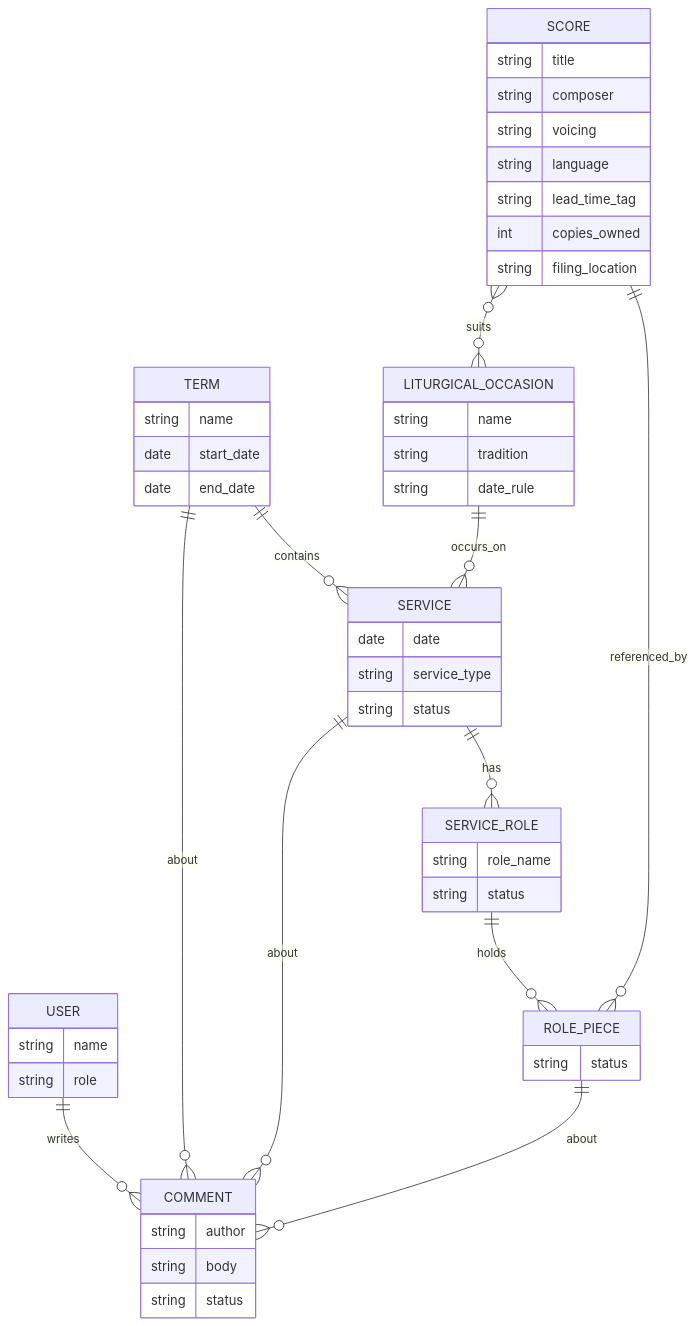
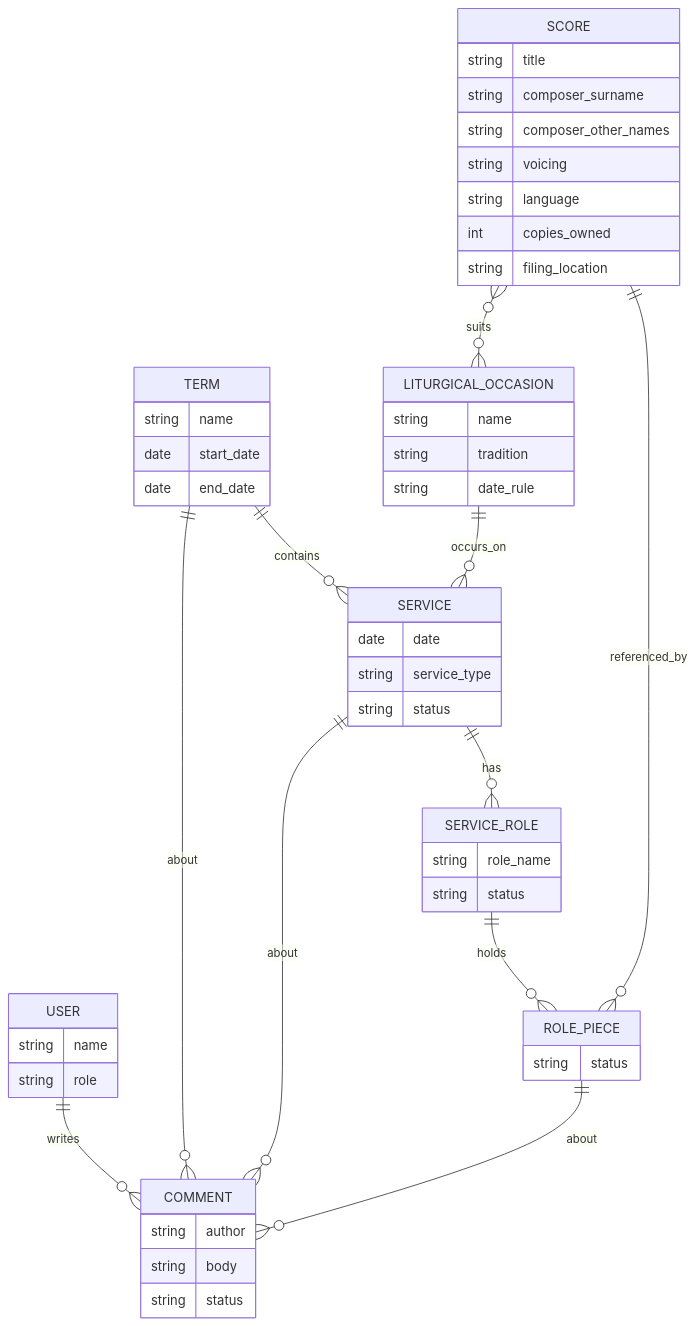
One commit to StockoL/precentor changed the diagram in docs/erd.mmd. Above: the diagram before and after it, drawn with Mermaid. The commit also changed 17 other files, not shown here.

```diff
--- a/docs/erd.mmd
+++ b/docs/erd.mmd
@@ -1,58 +1,58 @@
 erDiagram
   %% See docs/models_plan.md for the reasoning behind these choices:
   %% - SCORE <-> LITURGICAL_OCCASION is a through-table (many-to-many)
   %% - COMMENT's link to TERM/SERVICE/ROLE_PIECE is one polymorphic
   %%   GenericForeignKey in Django, shown here as three edges since
   %%   erDiagram syntax can't express "one FK, any of three tables"
   %% - Role templates are seeded in code, not modelled as a table
   USER ||--o{ COMMENT : writes
   TERM ||--o{ SERVICE : contains
   LITURGICAL_OCCASION ||--o{ SERVICE : occurs_on
   SERVICE ||--o{ SERVICE_ROLE : has
   SERVICE_ROLE ||--o{ ROLE_PIECE : holds
   SCORE ||--o{ ROLE_PIECE : referenced_by
   SCORE }o--o{ LITURGICAL_OCCASION : suits
   TERM ||--o{ COMMENT : about
   SERVICE ||--o{ COMMENT : about
   ROLE_PIECE ||--o{ COMMENT : about
 
   USER {
     string name
     string role
   }
   TERM {
     string name
     date start_date
     date end_date
   }
   SERVICE {
     date date
     string service_type
     string status
   }
   SERVICE_ROLE {
     string role_name
     string status
   }
   ROLE_PIECE {
     string status
   }
   SCORE {
     string title
-    string composer
+    string composer_surname
+    string composer_other_names
     string voicing
     string language
-    string lead_time_tag
     int copies_owned
     string filing_location
   }
   LITURGICAL_OCCASION {
     string name
     string tradition
     string date_rule
   }
   COMMENT {
     string author
     string body
     string status
   }
```
